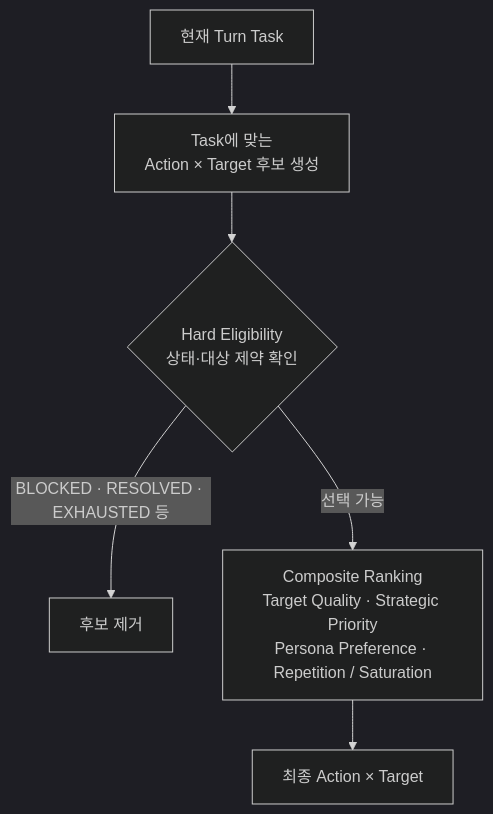
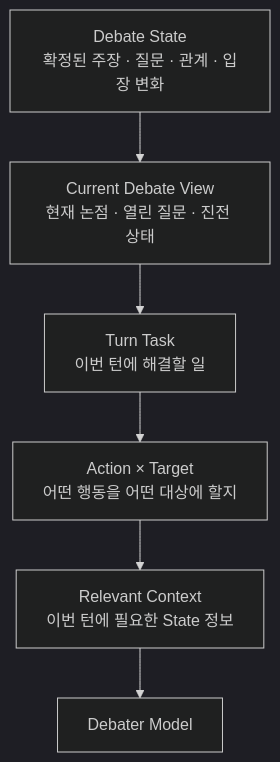
Before and after one commit to hodob/A1-3: the fourth of 5 diagrams in README.md, drawn with Mermaid (dark theme). The commit also changed other lines of this file, not shown here.

Commit message:
docs: reorganize README around core debate flow

````diff
--- a/README.md
+++ b/README.md
@@ -345,8 +140,15 @@
-```mermaid
+~~~mermaid
 flowchart TD
-    A[현재 Turn Task] --> B[Task에 맞는<br/>Action × Target 후보 생성]
-    B --> C{Hard Eligibility<br/>상태·대상 제약 확인}
-    C -->|BLOCKED · RESOLVED · EXHAUSTED 등| X[후보 제거]
-    C -->|선택 가능| R[Composite Ranking<br/>Target Quality · Strategic Priority<br/>Persona Preference · Repetition / Saturation]
-    R --> H[최종 Action × Target]
-```
+    S[Debate State<br/>확정된 주장 · 질문 · 관계 · 입장 변화]
+    V[Current Debate View<br/>현재 논점 · 열린 질문 · 진전 상태]
+    T[Turn Task<br/>이번 턴에 해결할 일]
+    A[Action × Target<br/>어떤 행동을 어떤 대상에 할지]
+    C[Relevant Context<br/>이번 턴에 필요한 State 정보]
+    M[Debater Model]
+
+    S --> V
+    V --> T
+    T --> A
+    A --> C
+    C --> M
+~~~
````
